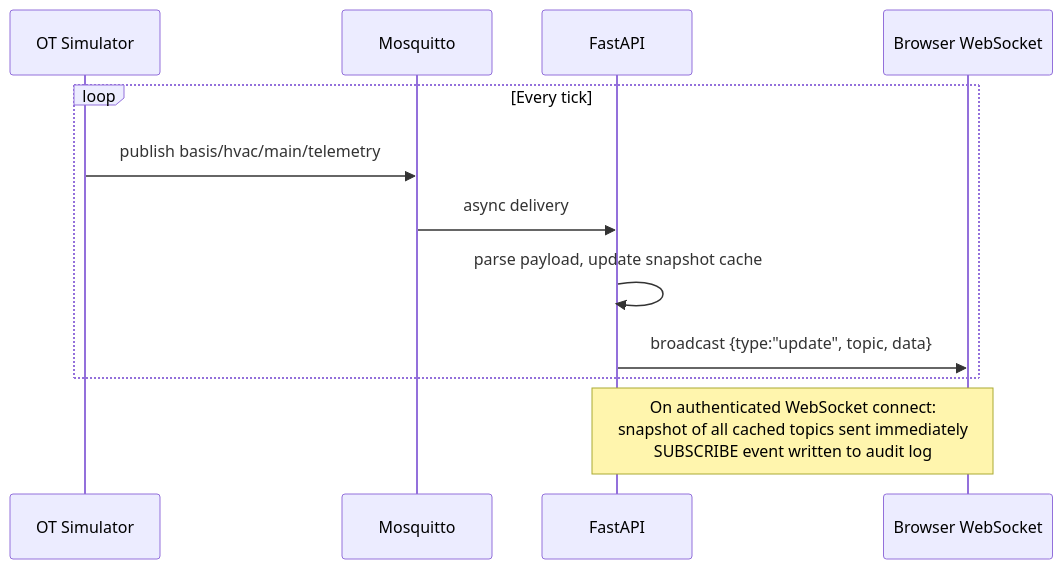
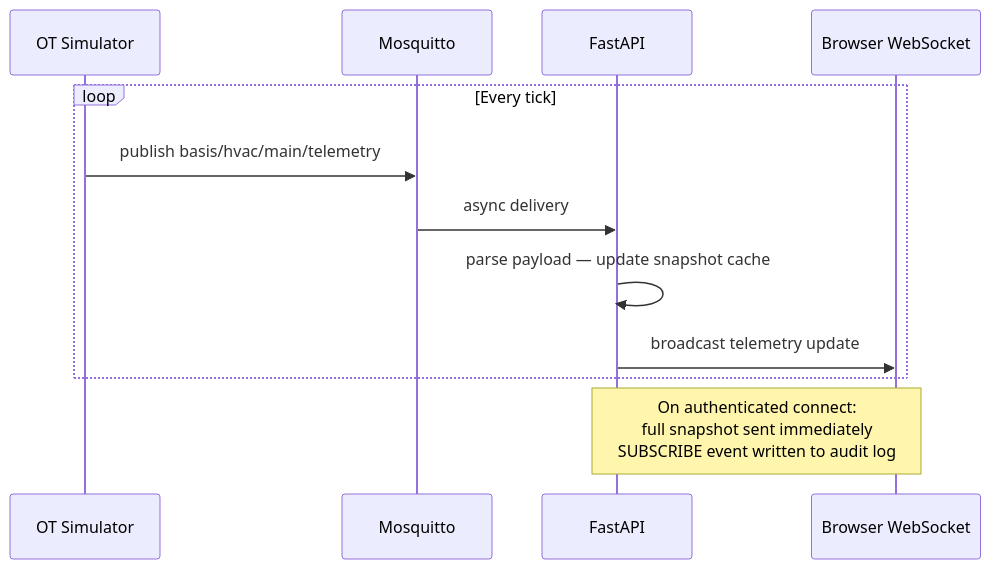
One commit to basis-foundation/basis-poc changed the fourth of 5 diagrams in README.md. Above: the diagram before and after it, drawn with Mermaid. The commit also changed other lines of this file and 11 other files, not shown here.

````diff
--- a/README.md
+++ b/README.md
@@ -338,16 +356,16 @@
 ```mermaid
 sequenceDiagram
     participant SIM as OT Simulator
     participant MQ as Mosquitto
     participant API as FastAPI
     participant WS as Browser WebSocket
 
     loop Every tick
         SIM->>MQ: publish basis/hvac/main/telemetry
         MQ->>API: async delivery
-        API->>API: parse payload, update snapshot cache
-        API->>WS: broadcast {type:"update", topic, data}
+        API->>API: parse payload — update snapshot cache
+        API->>WS: broadcast telemetry update
     end
 
-    Note over API,WS: On authenticated WebSocket connect:<br/>snapshot of all cached topics sent immediately<br/>SUBSCRIBE event written to audit log
+    Note over API,WS: On authenticated connect:<br/>full snapshot sent immediately<br/>SUBSCRIBE event written to audit log
 ```
````
